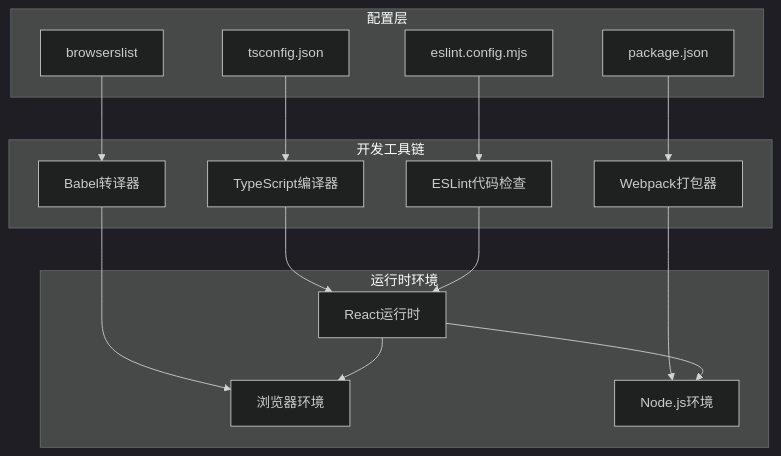
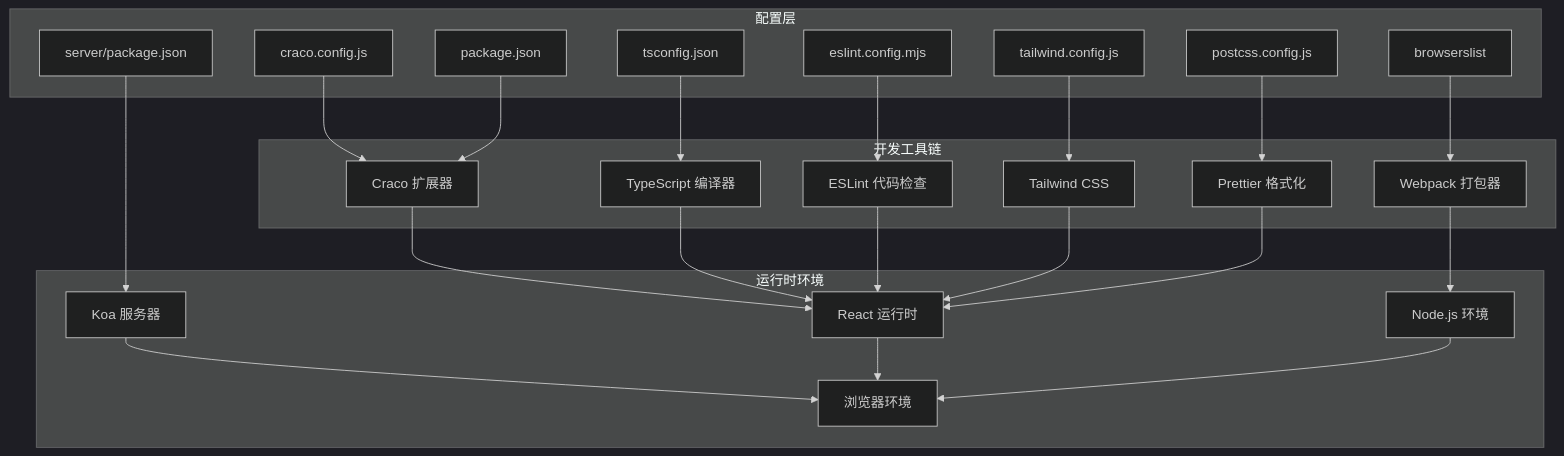
The second of 5 diagrams in .qoder/repowiki/zh/content/项目结构/配置文件详解.md (kkxxll/reactNext), drawn with Mermaid (dark theme) before and after one commit. The commit also changed other lines of this file and 12 other files, not shown here.

````diff
--- a/.qoder/repowiki/zh/content/项目结构/配置文件详解.md
+++ b/.qoder/repowiki/zh/content/项目结构/配置文件详解.md
@@ -98,30 +151,44 @@
 ```mermaid
 graph TB
 subgraph "开发工具链"
-A[TypeScript编译器]
-B[ESLint代码检查]
-C[Babel转译器]
-D[Webpack打包器]
+A[Craco 扩展器]
+B[TypeScript 编译器]
+C[ESLint 代码检查]
+D[Tailwind CSS]
+E[Prettier 格式化]
+F[Webpack 打包器]
 end
 subgraph "运行时环境"
-E[React运行时]
-F[浏览器环境]
-G[Node.js环境]
+G[React 运行时]
+H[Koa 服务器]
+I[浏览器环境]
+J[Node.js 环境]
 end
 subgraph "配置层"
-H[tsconfig.json]
-I[eslint.config.mjs]
-J[browserslist]
-K[package.json]
+K[craco.config.js]
+L[tsconfig.json]
+M[eslint.config.mjs]
+N[tailwind.config.js]
+O[postcss.config.js]
+P[browserslist]
+Q[package.json]
+R[server/package.json]
 end
-H --> A
-I --> B
-J --> C
-K --> D
-A --> E
-B --> E
-C --> F
+K --> A
+L --> B
+M --> C
+N --> D
+O --> E
+P --> F
+Q --> A
+R --> H
+A --> G
+B --> G
+C --> G
 D --> G
-E --> F
 E --> G
+F --> J
+H --> I
+G --> I
+J --> I
 ```
````
